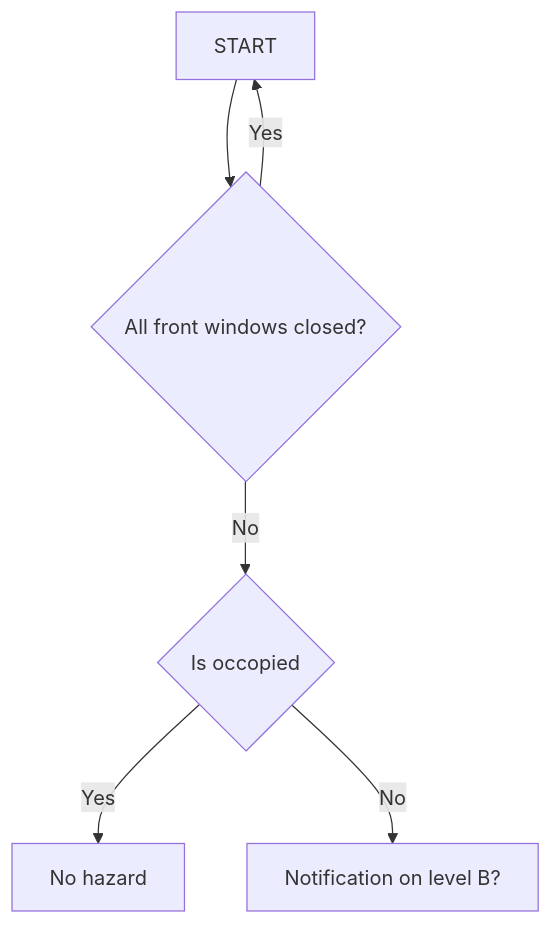
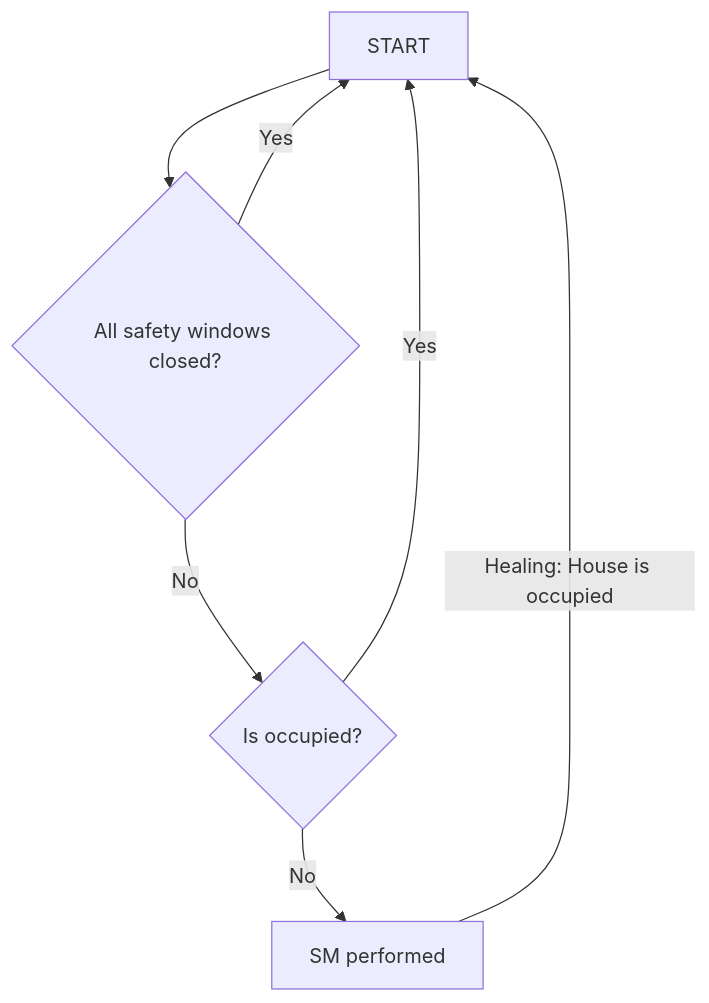
Before and after one commit to Arkaqius/SafetyComponent: the first of 6 diagrams in SafetyConcept/SafetyConcept.md, drawn with Mermaid. The commit also changed other lines of this file, not shown here.

````diff
--- a/SafetyConcept/SafetyConcept.md
+++ b/SafetyConcept/SafetyConcept.md
@@ -404,9 +410,9 @@
 ```mermaid
 flowchart TD
-    A[START] -->| | B{All front windows closed?}
+    A[START] -->| | B{All safety windows closed?}
     B -->|Yes| A
-    B -->|No| C{Is occopied}
-    C -->|Yes| D[No hazard]
-    C -->|No| E[Notification on level B?]
-
+    B -->|No| C{Is occupied?}
+    C -->|Yes| A
+    C -->|No| E[SM performed]
+    E -->|Healing: House is occupied| A
 ```
````
